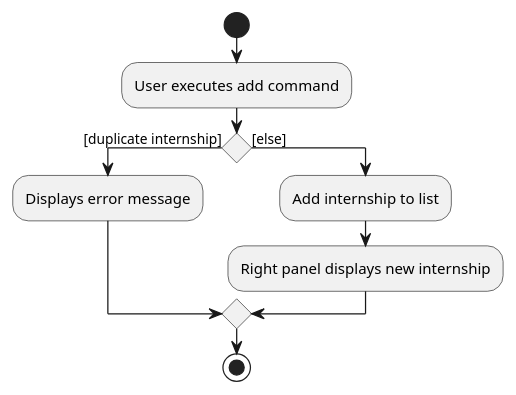
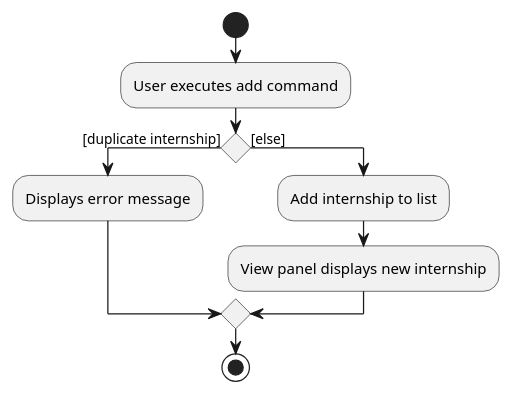
The diagram in docs/diagrams/AddActivityDiagram.puml (potty10/tp), drawn with PlantUML before and after one commit. The commit also changed 1 other file, not shown here.

```diff
--- a/docs/diagrams/AddActivityDiagram.puml
+++ b/docs/diagrams/AddActivityDiagram.puml
@@ -1,14 +1,14 @@
 @startuml
 'https://plantuml.com/activity-diagram-beta
 
 start
 :User executes add command;
 if () then ([duplicate internship])
     :Displays error message;
  else ([else])
     :Add internship to list;
-    :Right panel displays new internship;
+    :View panel displays new internship;
  endif
 stop
 
 @enduml
```
